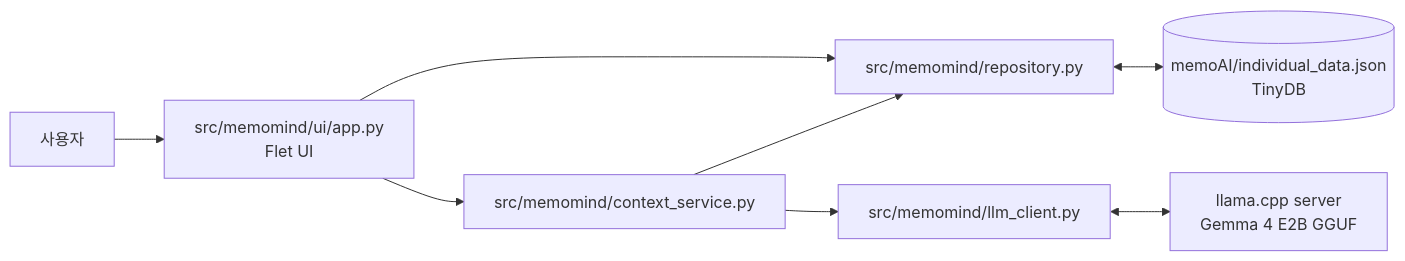
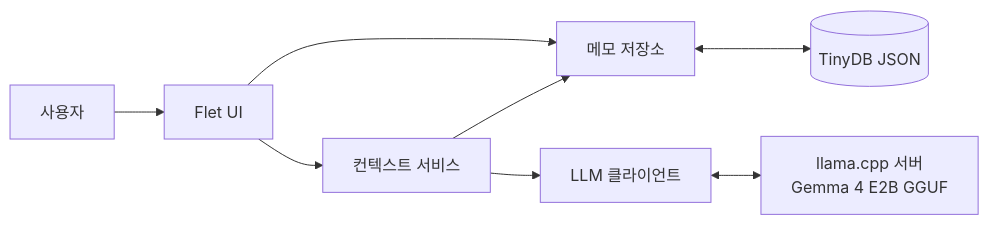
One commit to DaeUng79/MemoMindAI changed the first of 2 diagrams in README.MD. Above: the diagram before and after it, drawn with Mermaid. The commit also changed other lines of this file, not shown here.

````diff
--- a/README.MD
+++ b/README.MD
@@ -28,10 +36,10 @@
 ```mermaid
 flowchart LR
-    U[사용자] --> UI[src/memomind/ui/app.py<br>Flet UI]
-    UI --> S[src/memomind/context_service.py]
-    UI --> R[src/memomind/repository.py]
+    U[사용자] --> UI[Flet UI]
+    UI --> S[컨텍스트 서비스]
+    UI --> R[메모 저장소]
     S --> R
-    R <--> D[(memoAI/individual_data.json<br>TinyDB)]
-    S --> L[src/memomind/llm_client.py]
-    L <--> M[llama.cpp server<br>Gemma 4 E2B GGUF]
+    R <--> D[(TinyDB JSON)]
+    S --> L[LLM 클라이언트]
+    L <--> M[llama.cpp 서버<br>Gemma 4 E2B GGUF]
 ```
````
